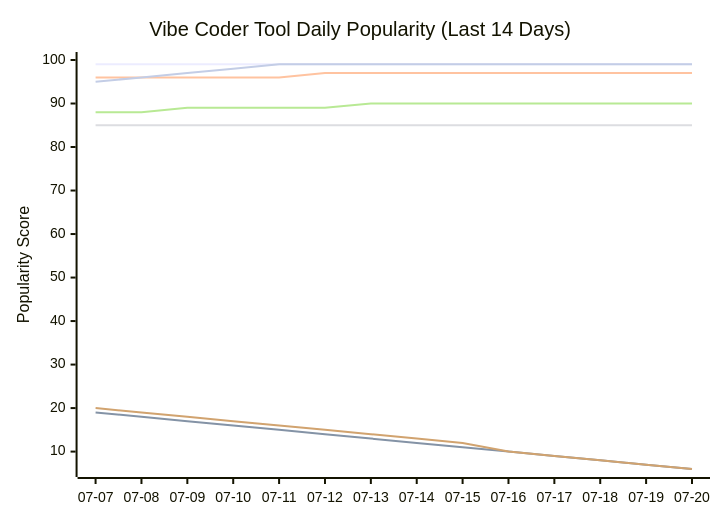
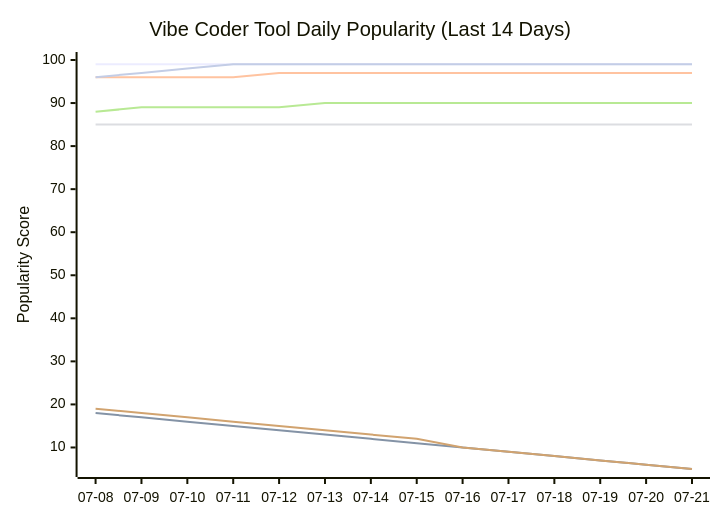
Before and after one commit to tykimos/ai-whatchelin: the seventh of 11 diagrams in README.md, drawn with Mermaid. The commit also changed other lines of this file and 4 other files, not shown here.

````diff
--- a/README.md
+++ b/README.md
@@ -2029,13 +2033,13 @@
 ```mermaid
 xychart-beta
     title "Vibe Coder Tool Daily Popularity (Last 14 Days)"
-    x-axis ["07-07", "07-08", "07-09", "07-10", "07-11", "07-12", "07-13", "07-14", "07-15", "07-16", "07-17", "07-18", "07-19", "07-20"]
-    y-axis "Popularity Score" 6 --> 100
+    x-axis ["07-08", "07-09", "07-10", "07-11", "07-12", "07-13", "07-14", "07-15", "07-16", "07-17", "07-18", "07-19", "07-20", "07-21"]
+    y-axis "Popularity Score" 5 --> 100
     line "Claude Code" [99, 99, 99, 99, 99, 99, 99, 99, 99, 99, 99, 99, 99, 99]
-    line "GH Copilot" [19, 18, 17, 16, 15, 14, 13, 12, 11, 10, 9, 8, 7, 6]
-    line "Cursor" [96, 96, 96, 96, 96, 97, 97, 97, 97, 97, 97, 97, 97, 97]
+    line "GH Copilot" [18, 17, 16, 15, 14, 13, 12, 11, 10, 9, 8, 7, 6, 5]
+    line "Cursor" [96, 96, 96, 96, 97, 97, 97, 97, 97, 97, 97, 97, 97, 97]
     line "Windsurf" [85, 85, 85, 85, 85, 85, 85, 85, 85, 85, 85, 85, 85, 85]
-    line "Codex CLI" [88, 88, 89, 89, 89, 89, 90, 90, 90, 90, 90, 90, 90, 90]
-    line "Gemini CLI" [20, 19, 18, 17, 16, 15, 14, 13, 12, 10, 9, 8, 7, 6]
-    line "Antigravity" [95, 96, 97, 98, 99, 99, 99, 99, 99, 99, 99, 99, 99, 99]
+    line "Codex CLI" [88, 89, 89, 89, 89, 90, 90, 90, 90, 90, 90, 90, 90, 90]
+    line "Gemini CLI" [19, 18, 17, 16, 15, 14, 13, 12, 10, 9, 8, 7, 6, 5]
+    line "Antigravity" [96, 97, 98, 99, 99, 99, 99, 99, 99, 99, 99, 99, 99, 99]
 ```
````
